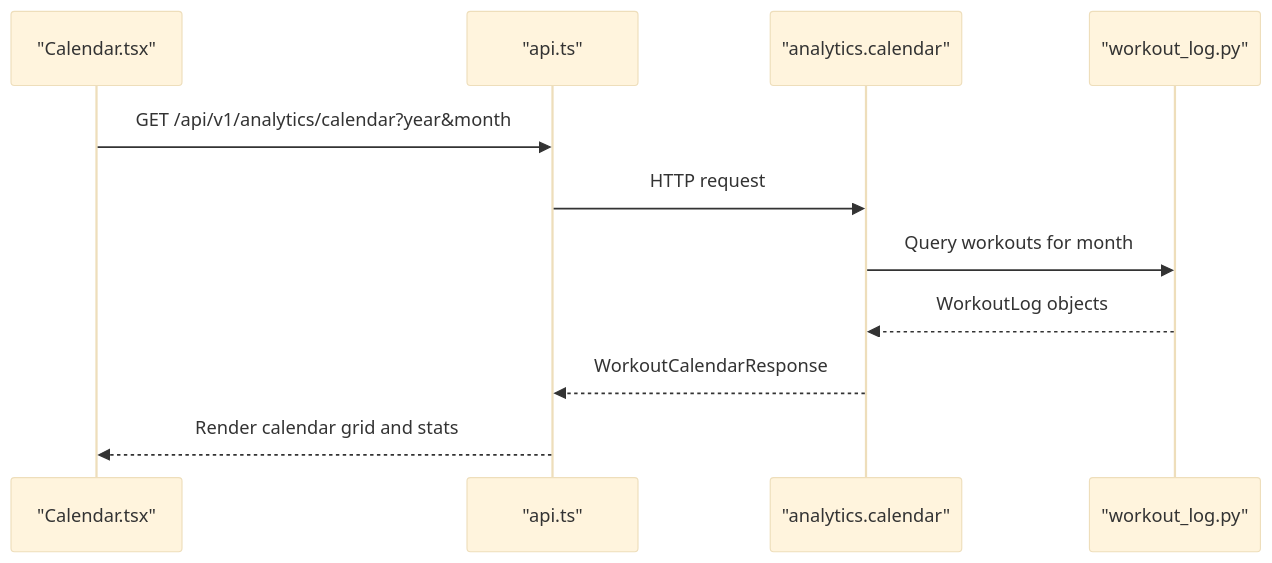
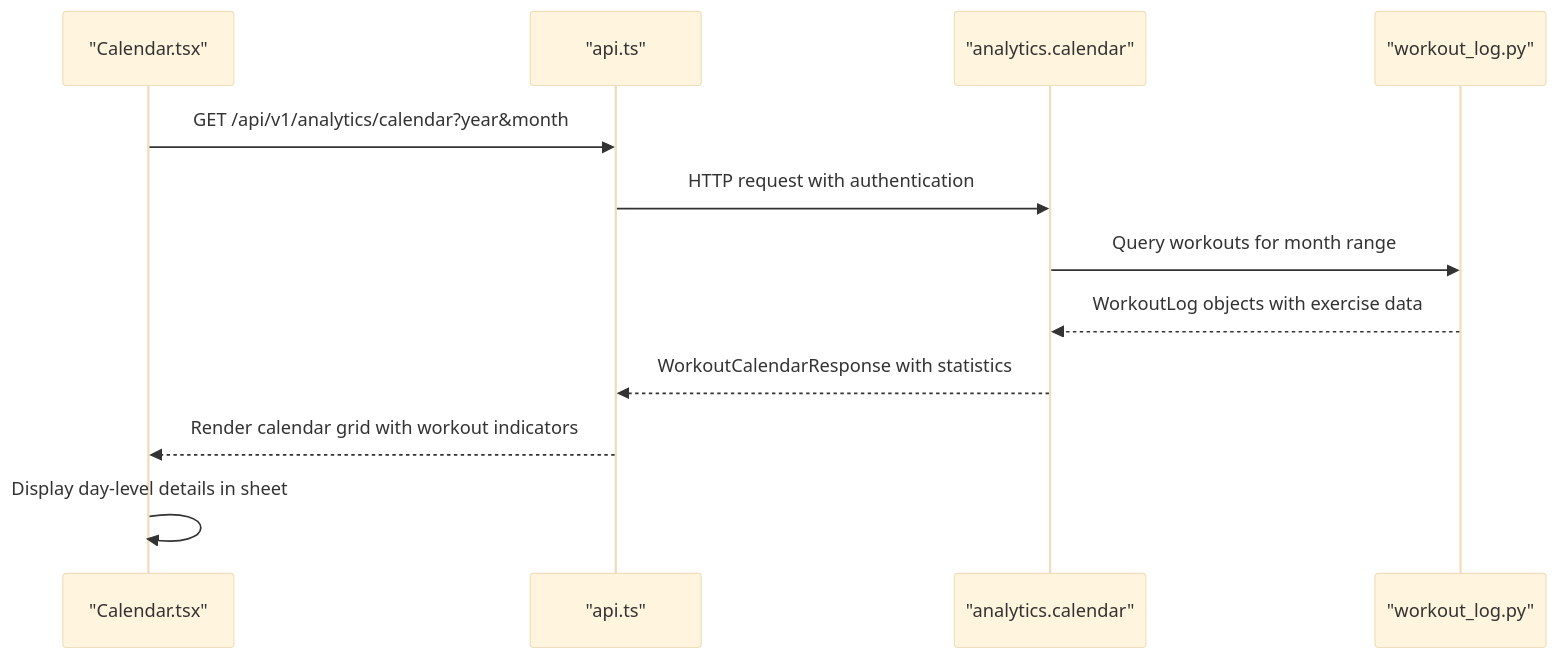
Before and after one commit to nilsnavi/fit_trackerpro: the sixth of 7 diagrams in .qoder/repowiki/en/content/Feature Implementation/Analytics & Insights Dashboard.md, drawn with Mermaid (base theme). The commit also changed other lines of this file and 19 other files, not shown here.

````diff
--- a/.qoder/repowiki/en/content/Feature Implementation/Analytics & Insights Dashboard.md
+++ b/.qoder/repowiki/en/content/Feature Implementation/Analytics & Insights Dashboard.md
@@ -244,13 +307,14 @@
 ```mermaid
 sequenceDiagram
 participant FE as "Calendar.tsx"
 participant API as "api.ts"
 participant BE as "analytics.calendar"
 participant DB as "workout_log.py"
 FE->>API : GET /api/v1/analytics/calendar?year&month
-API->>BE : HTTP request
-BE->>DB : Query workouts for month
-DB-->>BE : WorkoutLog objects
-BE-->>API : WorkoutCalendarResponse
-API-->>FE : Render calendar grid and stats
+API->>BE : HTTP request with authentication
+BE->>DB : Query workouts for month range
+DB-->>BE : WorkoutLog objects with exercise data
+BE-->>API : WorkoutCalendarResponse with statistics
+API-->>FE : Render calendar grid with workout indicators
+FE->>FE : Display day-level details in sheet
 ```
````
